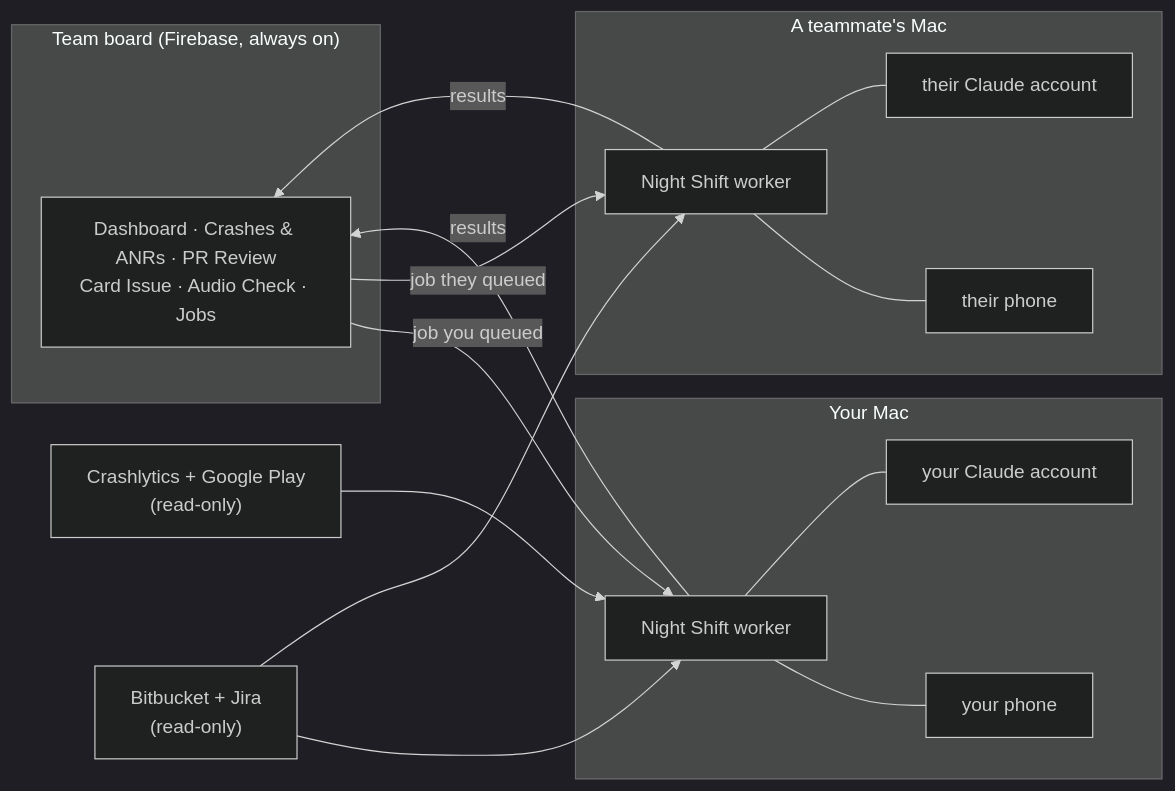
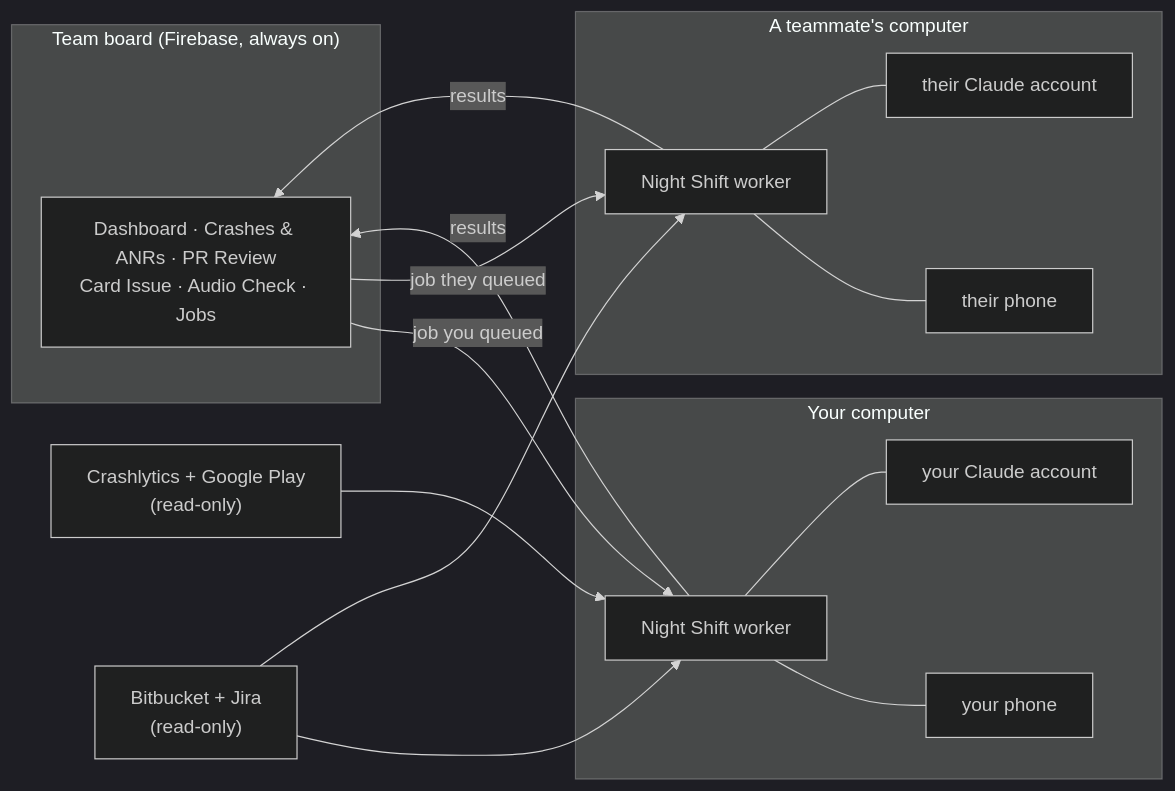
The diagram in README.md (AbdelrahmanTarekMahmoudAbdelrazek/nightshift), drawn with Mermaid (dark theme) before and after one commit. The commit also changed other lines of this file and 5 other files, not shown here.

````diff
--- a/README.md
+++ b/README.md
@@ -35,20 +35,20 @@
 ```mermaid
 flowchart LR
     subgraph Browser["Team board (Firebase, always on)"]
         B["Dashboard · Crashes & ANRs · PR Review<br/>Card Issue · Audio Check · Jobs"]
     end
-    subgraph You["Your Mac"]
+    subgraph You["Your computer"]
         W1["Night Shift worker"] --- P1["your phone"]
         W1 --- C1["your Claude account"]
     end
-    subgraph Mate["A teammate's Mac"]
+    subgraph Mate["A teammate's computer"]
         W2["Night Shift worker"] --- P2["their phone"]
         W2 --- C2["their Claude account"]
     end
     B -- "job you queued" --> W1
     B -- "job they queued" --> W2
     W1 -- "results" --> B
     W2 -- "results" --> B
     CR["Crashlytics + Google Play<br/>(read-only)"] --> W1
     BB["Bitbucket + Jira<br/>(read-only)"] --> W1 & W2
 ```
````
